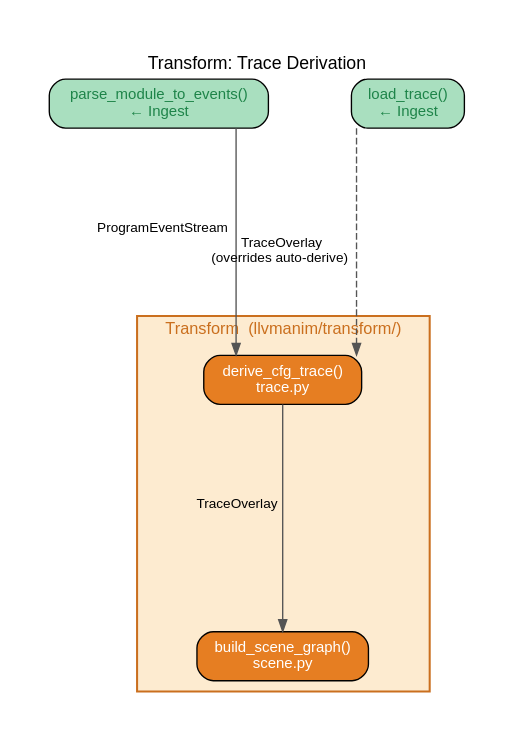
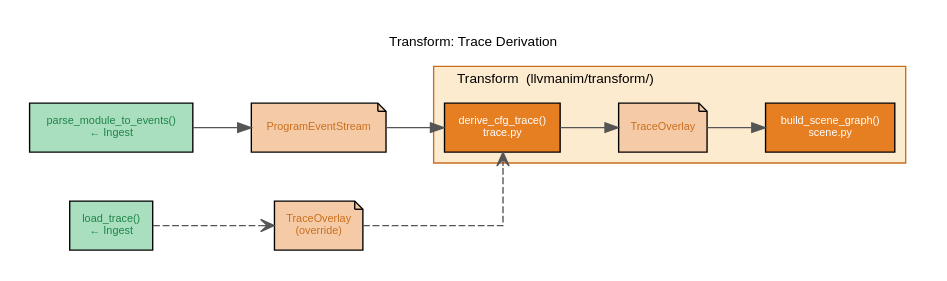
The diagram in docs/architecture/01_architecture_overview/01c_transform_layer/dots/01c2_cfg_build.dot (BenHoule/LLVManim), drawn with Graphviz before and after one commit. The commit also changed 77 other files, not shown here.

First line of the commit message:
Add CLI dispatch architecture images

```diff
--- a/docs/architecture/01_architecture_overview/01c_transform_layer/dots/01c2_cfg_build.dot
+++ b/docs/architecture/01_architecture_overview/01c_transform_layer/dots/01c2_cfg_build.dot
@@ -1,41 +1,62 @@
-// Extracted subgraph: CFG trace derivation from 01c_transform_layer
-// derive_cfg_trace() analyses a ProgramEventStream to infer which basic
-// blocks were executed, producing a TraceOverlay.  An imported trace
-// (from load_trace()) can override auto-derivation entirely.
+/**
+ * 01c2_cfg_build.dot
+ *
+ * Extracted subgraph: CFG trace derivation from 01c_transform_layer.
+ * derive_cfg_trace() analyses a ProgramEventStream to infer which basic
+ * blocks were executed, producing a TraceOverlay.  An imported trace
+ * (from load_trace()) can override auto-derivation entirely.
+ *
+ * Render:
+ *   dot -Tpdf 01c2_cfg_build.dot -o ../01c2_cfg_build.pdf
+ */
 digraph trace_derivation {
     graph [
-        fontname = "Helvetica" fontsize = 13
+        rankdir  = LR
+        fontname = "Helvetica" fontsize = 10
         label    = "Transform: Trace Derivation"
-        labelloc = "t" splines = ortho nodesep = 0.85 ranksep = 1.15
-        pad = 0.4 bgcolor = "white"
+        labelloc = t
+        splines  = ortho
+        nodesep  = 0.5
+        ranksep  = 0.6
+        pad      = 0.2
+        bgcolor  = "white"
     ]
-    node [fontname="Helvetica" fontsize=11 style="filled,rounded" shape=box]
-    edge [fontname="Helvetica" fontsize=10 color="#555555" arrowsize=0.85]
+    node [fontname="Helvetica" fontsize=8 style=filled shape=box margin="0.08,0.04"]
+    edge [fontname="Helvetica" fontsize=7 arrowhead=normal color="#555555"]
 
-    // ── Internal ───────────────────────────────────────────────────
+    /* ── Ingest stubs ───────────────────────────────────────────── */
+    parse_events [label="parse_module_to_events()\n← Ingest" fillcolor="#a9dfbf" fontcolor="#1e8449"]
+    trace_io     [label="load_trace()\n← Ingest"             fillcolor="#a9dfbf" fontcolor="#1e8449"]
+
+    /* ── Data nodes (input) ─────────────────────────────────────── */
+    pes            [label="ProgramEventStream"        fillcolor="#f5cba7" fontcolor="#ca6f1e" shape=note]
+    trace_override [label="TraceOverlay\n(override)"  fillcolor="#f5cba7" fontcolor="#ca6f1e" shape=note]
+
+    /* ── Transform cluster ──────────────────────────────────────── */
     subgraph cluster_transform {
 
         label     = "Transform  (llvmanim/transform/)"
         style     = filled
         fillcolor = "#fdebd0"
         color     = "#ca6f1e"
-        penwidth  = 1.5
-        fontname  = "Helvetica"
-        fontsize  = 12
-        fontcolor = "#ca6f1e"
+        margin    = 8
+        labeljust = l
 
-        derive_trace [label="derive_cfg_trace()\ntrace.py"
-                      fillcolor="#e67e22" fontcolor="white"]
-        build_scene  [label="build_scene_graph()\nscene.py"
-                      fillcolor="#e67e22" fontcolor="white"]
+        derive_trace  [label="derive_cfg_trace()\ntrace.py"
+                       fillcolor="#e67e22" fontcolor="white"]
+        trace_overlay [label="TraceOverlay" fillcolor="#f5cba7" fontcolor="#ca6f1e" shape=note]
+        build_scene   [label="build_scene_graph()\nscene.py"
+                       fillcolor="#e67e22" fontcolor="white"]
+
+        derive_trace  -> trace_overlay [weight=10]
+        trace_overlay -> build_scene   [weight=10]
     }
 
-    // ── Ingest stubs ───────────────────────────────────────────────
-    parse_events [label="parse_module_to_events()\n← Ingest" fillcolor="#a9dfbf" fontcolor="#1e8449"]
-    trace_io     [label="load_trace()\n← Ingest"             fillcolor="#a9dfbf" fontcolor="#1e8449"]
+    /* ── Primary path (top): PES → derive → overlay → build ────── */
+    parse_events   -> pes          [weight=10]
+    pes            -> derive_trace [weight=10]
 
-    // ── Edges ──────────────────────────────────────────────────────
-    parse_events -> derive_trace [minlen=2 xlabel="  ProgramEventStream"]
-    trace_io     -> derive_trace [style=dashed minlen=2 xlabel="  TraceOverlay\n(overrides auto-derive)"]
-    derive_trace -> build_scene  [minlen=2 xlabel="  TraceOverlay"]
+    /* ── Override path (bottom): trace_io → override → derive ──── */
+    trace_io       -> trace_override [style=dashed arrowhead=open]
+    trace_override -> derive_trace   [style=dashed arrowhead=open]
 }
```
